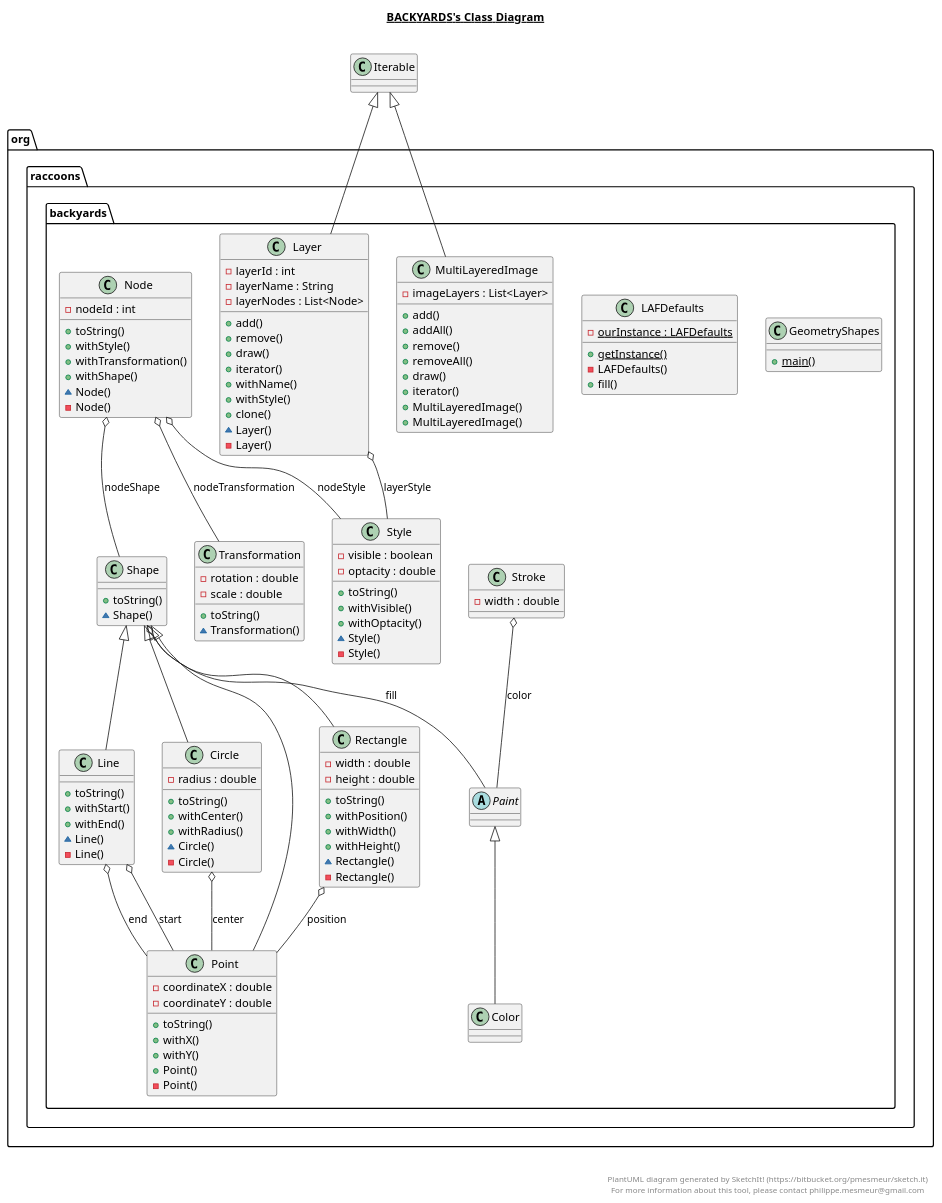
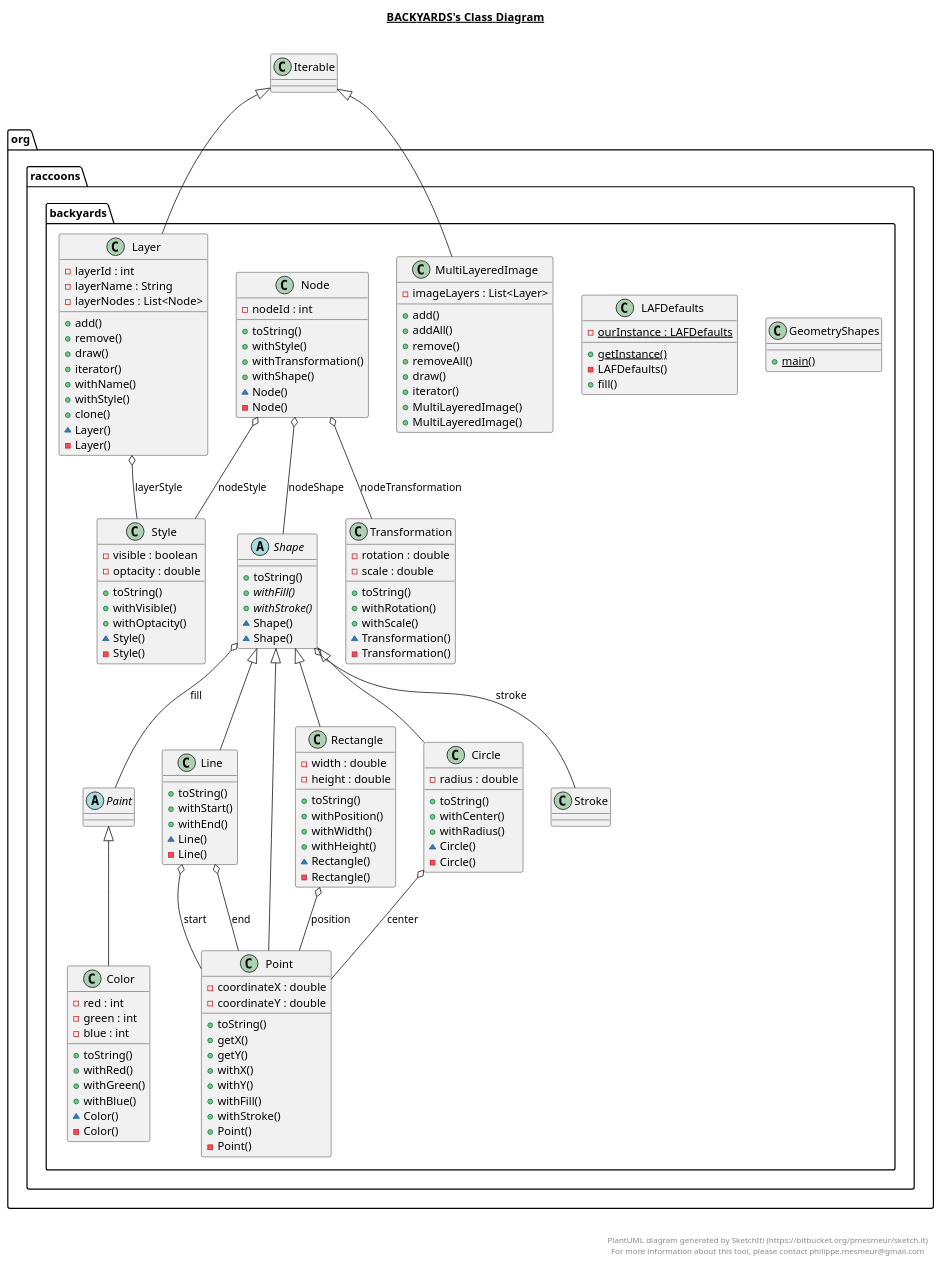
Before and after one commit to itraccoons/geometry: the diagram in src/main/java/org/raccoons/backyards/backyards.plantuml, drawn with PlantUML. The commit also changed 13 other files, not shown here.

```diff
--- a/src/main/java/org/raccoons/backyards/backyards.plantuml
+++ b/src/main/java/org/raccoons/backyards/backyards.plantuml
@@ -16,6 +16,15 @@
 
   package org.raccoons.backyards {
     class Color {
+        - red : int
+        - green : int
+        - blue : int
+        + toString()
+        + withRed()
+        + withGreen()
+        + withBlue()
+        ~ Color()
+        - Color()
     }
   }
   
@@ -105,8 +114,12 @@
         - coordinateX : double
         - coordinateY : double
         + toString()
+        + getX()
+        + getY()
         + withX()
         + withY()
+        + withFill()
+        + withStroke()
         + Point()
         - Point()
     }
@@ -128,8 +141,11 @@
   
 
   package org.raccoons.backyards {
-    class Shape {
+    abstract class Shape {
         + toString()
+        {abstract} + withFill()
+        {abstract} + withStroke()
+        ~ Shape()
         ~ Shape()
     }
   }
@@ -137,7 +153,6 @@
 
   package org.raccoons.backyards {
     class Stroke {
-        - width : double
     }
   }
   
@@ -160,7 +175,10 @@
         - rotation : double
         - scale : double
         + toString()
+        + withRotation()
+        + withScale()
         ~ Transformation()
+        - Transformation()
     }
   }
   
@@ -181,7 +199,7 @@
   Rectangle -up-|> Shape
   Rectangle o-- Point : position
   Shape o-- Paint : fill
-  Stroke o-- Paint : color
+  Shape o-- Stroke : stroke
 
 
 right footer
```
